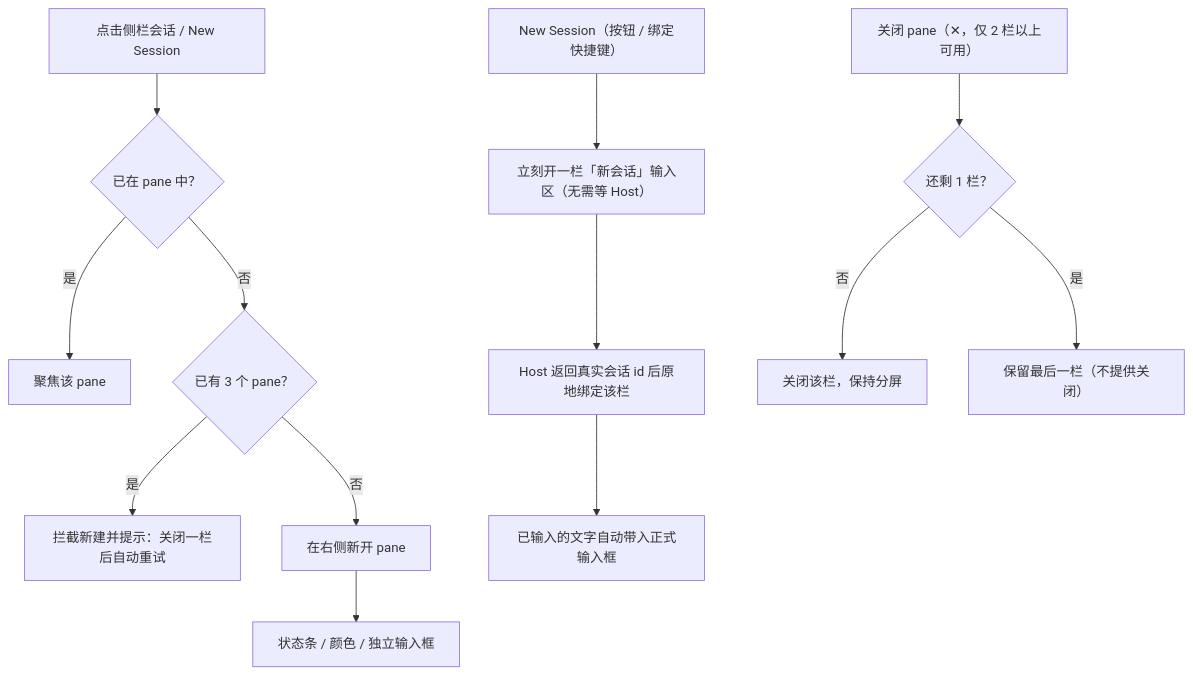
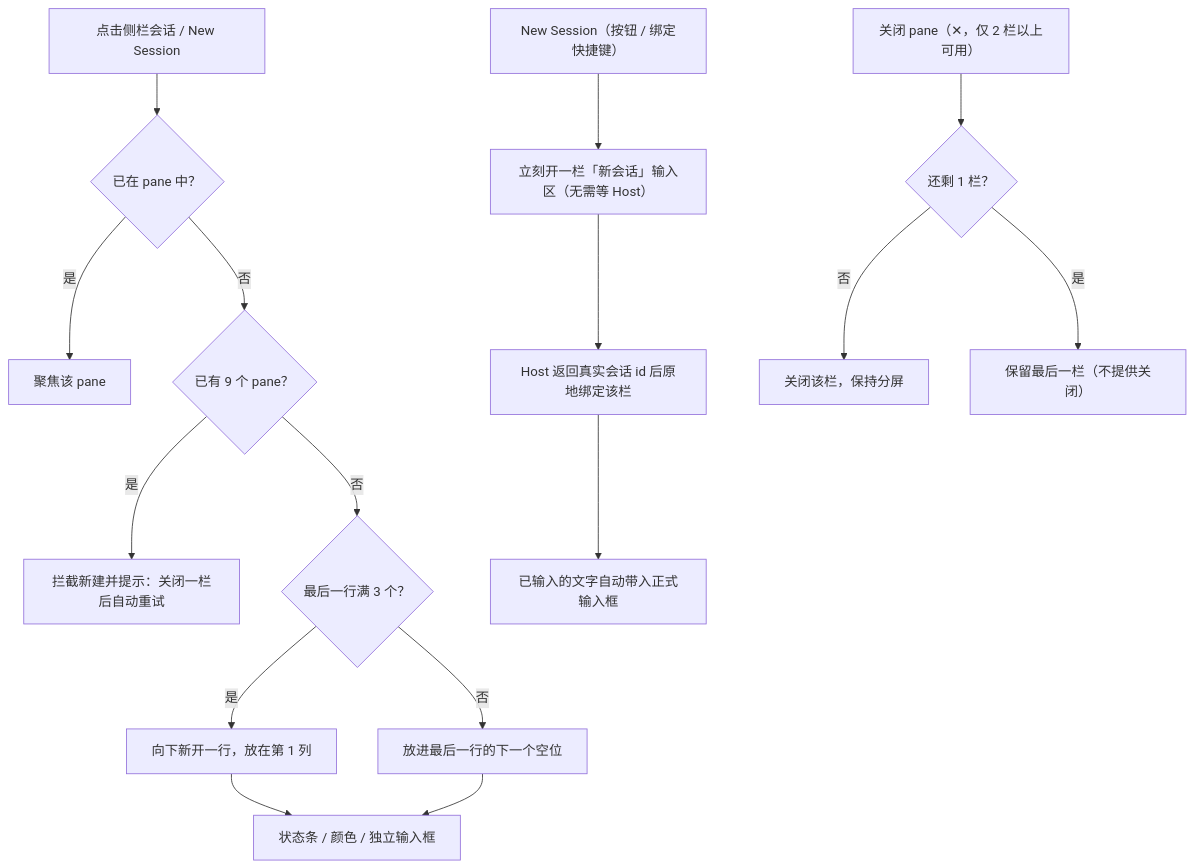
Before and after one commit to HZWzzl/dsh-split-panels: the second of 5 diagrams in README.md, drawn with Mermaid. The commit also changed other lines of this file and 3 other files, not shown here.

````diff
--- a/README.md
+++ b/README.md
@@ -41,15 +50,18 @@
 ```mermaid
 flowchart TD
   A["点击侧栏会话 / New Session"] --> B{"已在 pane 中？"}
   B -- 是 --> C["聚焦该 pane"]
-  B -- 否 --> D{"已有 3 个 pane？"}
+  B -- 否 --> D{"已有 9 个 pane？"}
   D -- 是 --> E["拦截新建并提示：关闭一栏后自动重试"]
-  D -- 否 --> F["在右侧新开 pane"]
+  D -- 否 --> S{"最后一行满 3 个？"}
+  S -- 是 --> F["向下新开一行，放在第 1 列"]
+  S -- 否 --> F2["放进最后一行的下一个空位"]
   F --> G["状态条 / 颜色 / 独立输入框"]
+  F2 --> G
   N["New Session（按钮 / 绑定快捷键）"] --> P["立刻开一栏「新会话」输入区（无需等 Host）"]
   P --> Q["Host 返回真实会话 id 后原地绑定该栏"]
   Q --> R["已输入的文字自动带入正式输入框"]
   H["关闭 pane（✕，仅 2 栏以上可用）"] --> I{"还剩 1 栏？"}
   I -- 否 --> J["关闭该栏，保持分屏"]
   I -- 是 --> K["保留最后一栏（不提供关闭）"]
 ```
````
